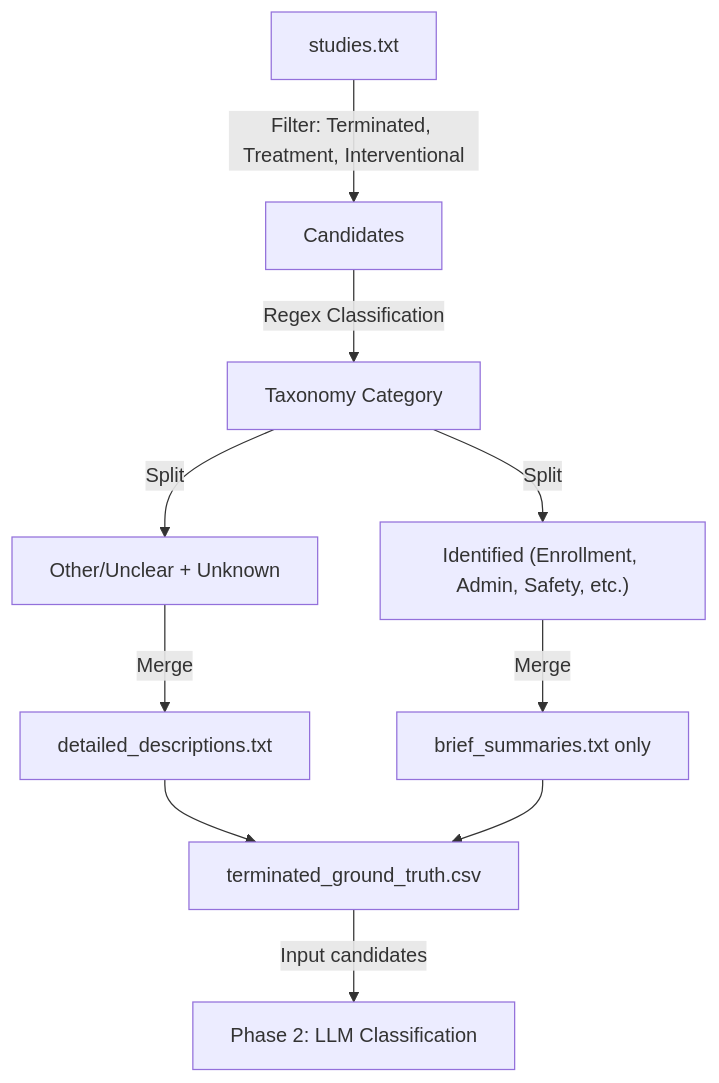
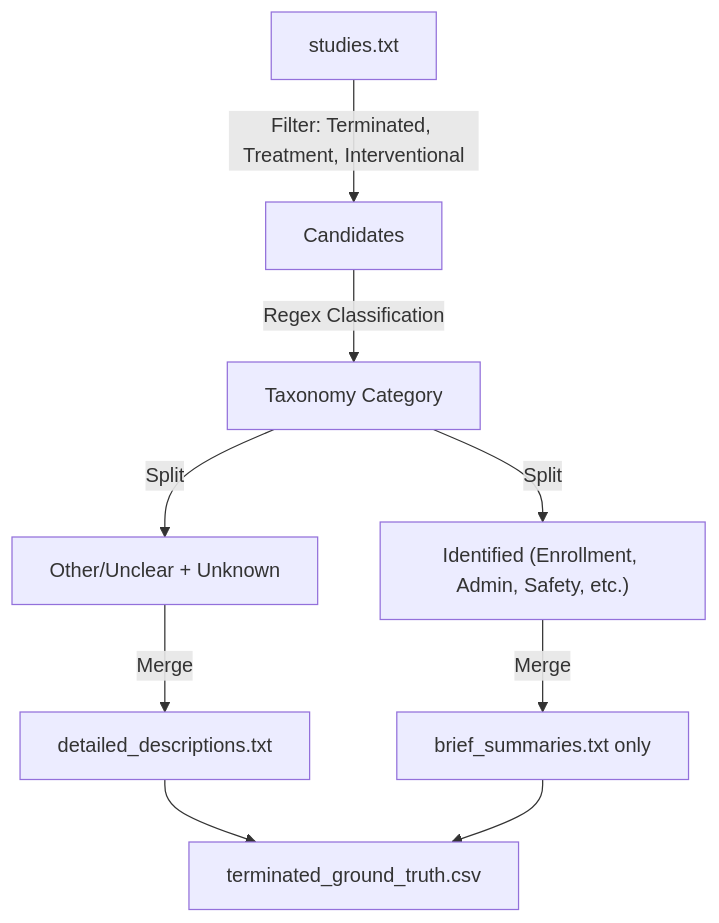
Before and after one commit to minhha0510/LLM-clinical-trials: the first of 2 diagrams in codemaps/02-data-flows.md, drawn with Mermaid. The commit also changed other lines of this file and 19 other files, not shown here.

````diff
--- a/codemaps/02-data-flows.md
+++ b/codemaps/02-data-flows.md
@@ -6,12 +6,11 @@
 ```mermaid
 graph TD;
     RawStudies["studies.txt"] -->|Filter: Terminated, Treatment, Interventional| Candidates;
     Candidates -->|Regex Classification| Taxonomy["Taxonomy Category"];
     Taxonomy -->|Split| Clean["Identified (Enrollment, Admin, Safety, etc.)"];
     Taxonomy -->|Split| Unclear["Other/Unclear + Unknown"];
     Unclear -->|Merge| Detail["detailed_descriptions.txt"];
     Clean -->|Merge| Summary["brief_summaries.txt only"];
     Detail --> FinalCSV["terminated_ground_truth.csv"];
     Summary --> FinalCSV;
-    FinalCSV -->|Input candidates| LLM_Extraction["Phase 2: LLM Classification"];
 ```
````
